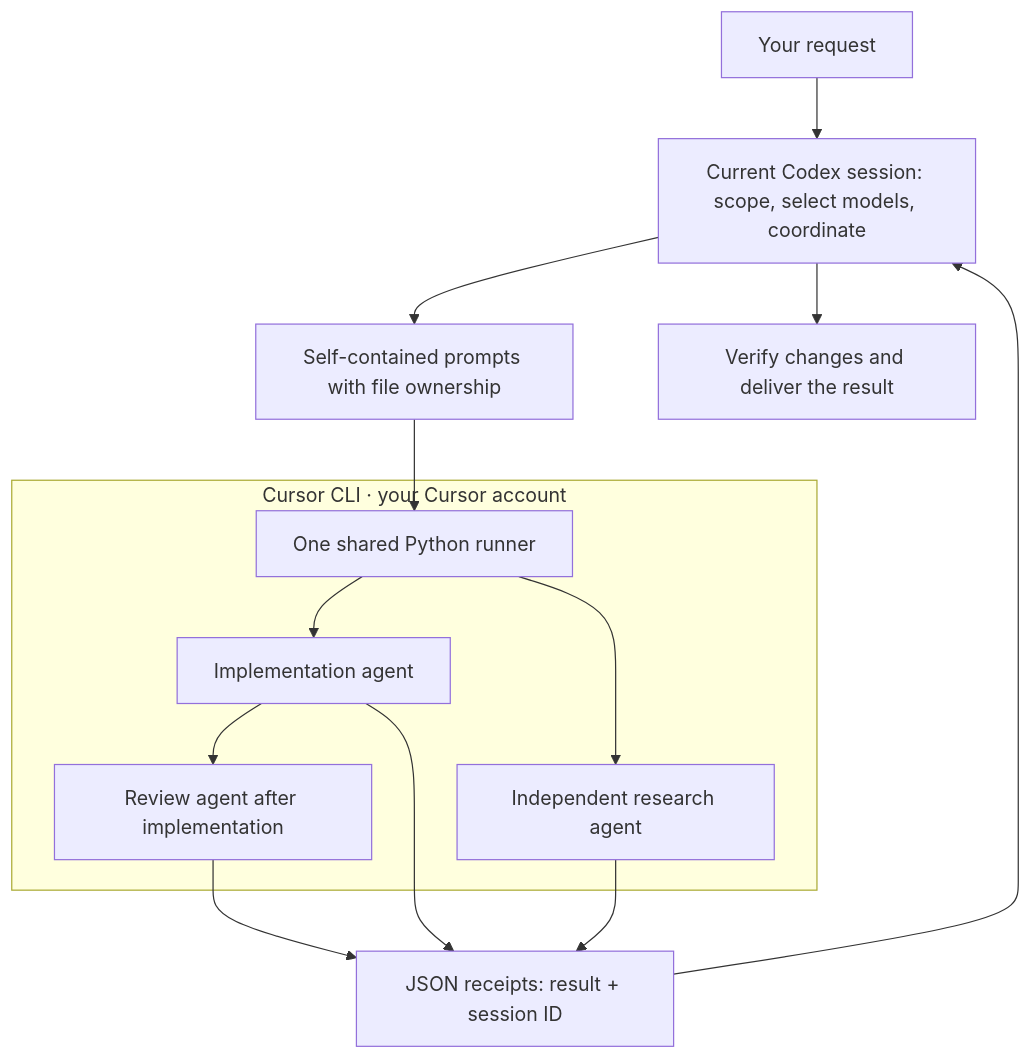
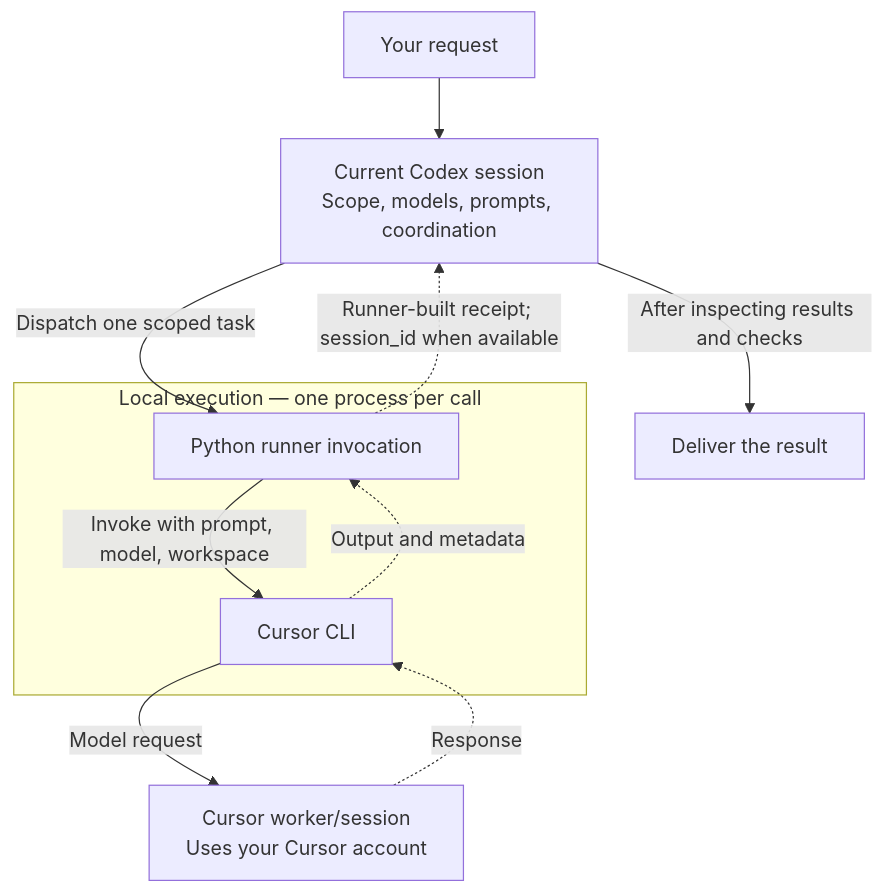
One commit to merttcetn/cursor-agent-skills changed the first of 2 diagrams in README.md. Above: the diagram before and after it, drawn with Mermaid. The commit also changed other lines of this file, not shown here.

First line of the commit message:
docs: align README diagrams with coordinator workflow

````diff
--- a/README.md
+++ b/README.md
@@ -45,16 +47,15 @@
 ```mermaid
 flowchart TD
-    U[Your request] --> C[Current Codex session: scope, select models, coordinate]
-    C --> P[Self-contained prompts with file ownership]
-    P --> R[One shared Python runner]
-    subgraph Cursor[Cursor CLI · your Cursor account]
-        R --> A[Implementation agent]
-        R --> B[Independent research agent]
-        A --> V[Review agent after implementation]
+    U["Your request"] --> C["Current Codex session<br/>Scope, models, prompts, coordination"]
+    subgraph Local["Local execution — one process per call"]
+        R["Python runner invocation"]
+        CLI["Cursor CLI"]
+        R -->|"Invoke with prompt, model, workspace"| CLI
+        CLI -. "Output and metadata" .-> R
     end
-    A --> J[JSON receipts: result + session ID]
-    B --> J
-    V --> J
-    J --> C
-    C --> F[Verify changes and deliver the result]
+    C -->|"Dispatch one scoped task"| R
+    CLI -->|"Model request"| W["Cursor worker/session<br/>Uses your Cursor account"]
+    W -. "Response" .-> CLI
+    R -. "Runner-built receipt; session_id when available" .-> C
+    C -->|"After inspecting results and checks"| F["Deliver the result"]
 ```
````
